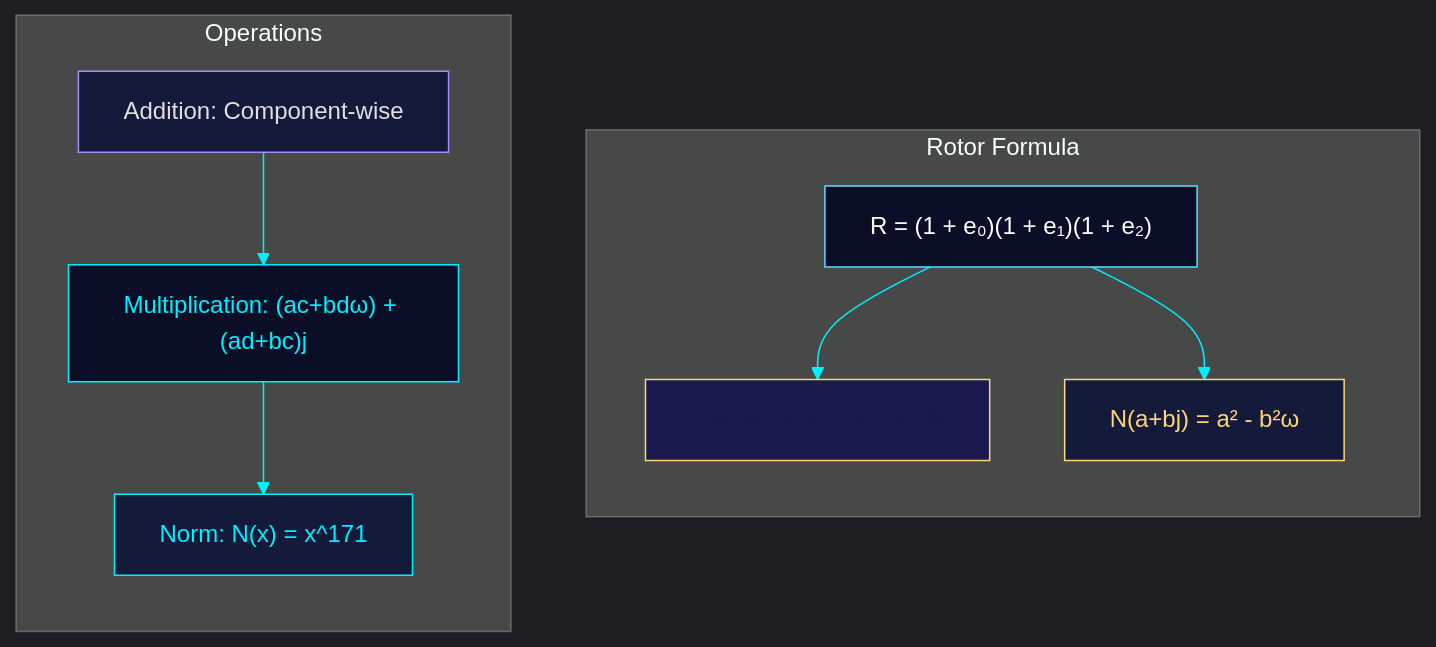
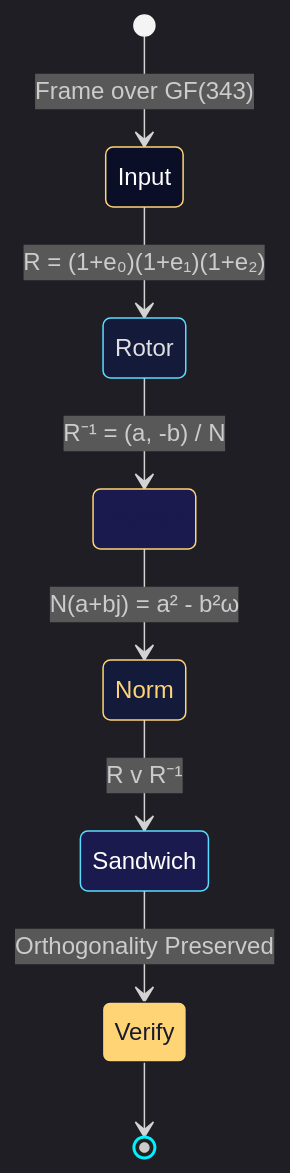
One commit to jesusvilela/lambda-sat-solver changed the seventh of 19 diagrams in README.md. Above: the diagram before and after it, drawn with Mermaid. The commit also changed other lines of this file and 2 other files, not shown here.

````diff
--- a/README.md
+++ b/README.md
@@ -360,29 +370,18 @@
 ```mermaid
 %%{init: {'theme': 'dark', 'themeVariables': {'primaryColor': '#5bdbff', 'primaryTextColor': '#e0e0e0', 'primaryBorderColor': '#ffd475', 'lineColor': '#00f0ff'}}}%%
-graph TB
-    subgraph "Rotor Formula"
-        direction TB
-        R["R = (1 + e₀)(1 + e₁)(1 + e₂)"]
-        I["Inverse: R⁻¹ = (a, -b) / N"]
-        N["N(a+bj) = a² - b²ω"]
-    end
+stateDiagram-v2
+    [*] --> Input: Frame over GF(343)
+    Input --> Rotor: R = (1+e₀)(1+e₁)(1+e₂)
+    Rotor --> Inverse: R⁻¹ = (a, -b) / N
+    Inverse --> Norm: N(a+bj) = a² - b²ω
+    Norm --> Sandwich: R v R⁻¹
+    Sandwich --> Verify: Orthogonality Preserved
+    Verify --> [*]
 
-    subgraph "Operations"
-        direction TB
-        add["Addition: Component-wise"]
-        mul["Multiplication: (ac+bdω) + (ad+bc)j"]
-        norm["Norm: N(x) = x^171"]
-    end
-
-    R --> I
-    R --> N
-    add --> mul
-    mul --> norm
-
-    style R fill:#0a0e27,stroke:#5bdbff,color:#fff
-    style I fill:#1a1a4e,stroke:#ffd475,color:#1a1a4e
-    style N fill:#131a3a,stroke:#ffd475,color:#ffd475
-    style add fill:#131a3a,stroke:#a68cff,color:#e0e0e0
-    style mul fill:#0a0e27,stroke:#00f0ff,color:#00f0ff
-    style norm fill:#131a3a,stroke:#00f0ff,color:#00f0ff
+    style Input fill:#0a0e27,stroke:#ffd475,color:#fff
+    style Rotor fill:#131a3a,stroke:#5bdbff,color:#e0e0e0
+    style Inverse fill:#1a1a4e,stroke:#ffd475,color:#1a1a4e
+    style Norm fill:#131a3a,stroke:#ffd475,color:#ffd475
+    style Sandwich fill:#1a1a4e,stroke:#5bdbff,color:#fff
+    style Verify fill:#ffd475,stroke:#1a1a2e,color:#1a1a2e
 ```
````
